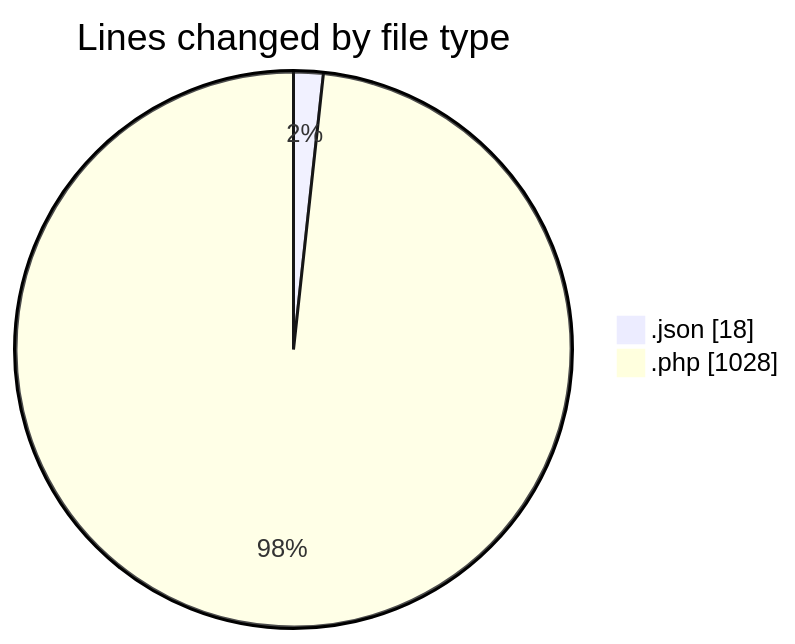
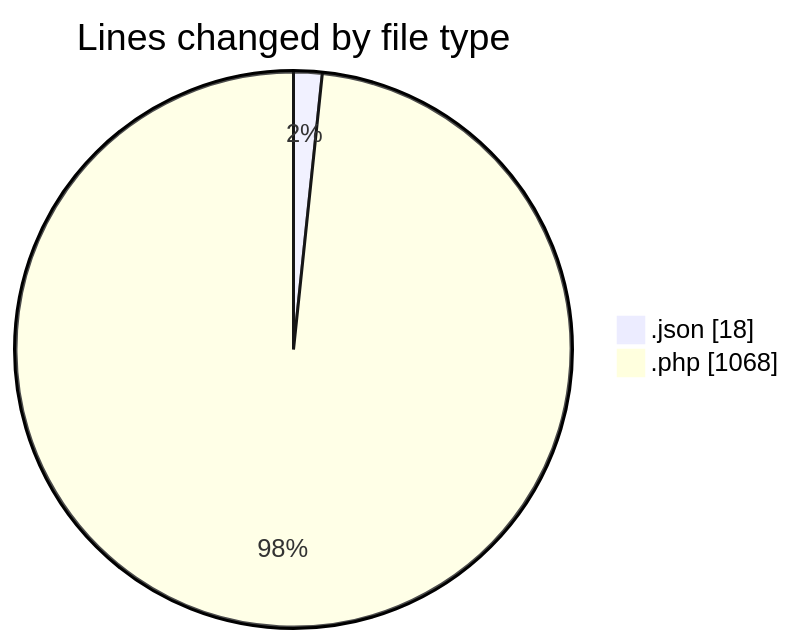
The first of 2 diagrams in 2025-09-26/untitled__workspace_/README.md (debugP/code-tracking), drawn with Mermaid before and after one commit. The commit also changed other lines of this file and 1 other file, not shown here.

````diff
--- a/2025-09-26/untitled__workspace_/README.md
+++ b/2025-09-26/untitled__workspace_/README.md
@@ -22,6 +22,6 @@
 ```mermaid
 pie showData
 title Lines changed by file type
 ".json" : 18
-".php" : 1028
+".php" : 1068
 ```
````
